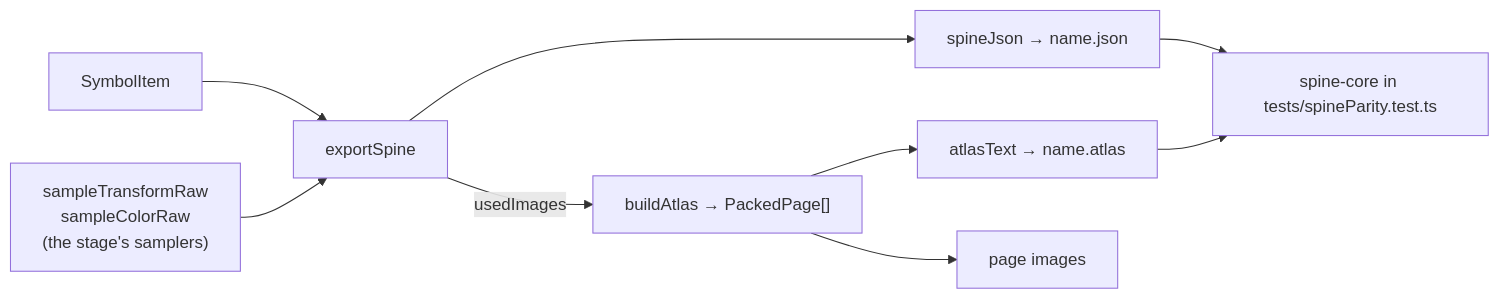
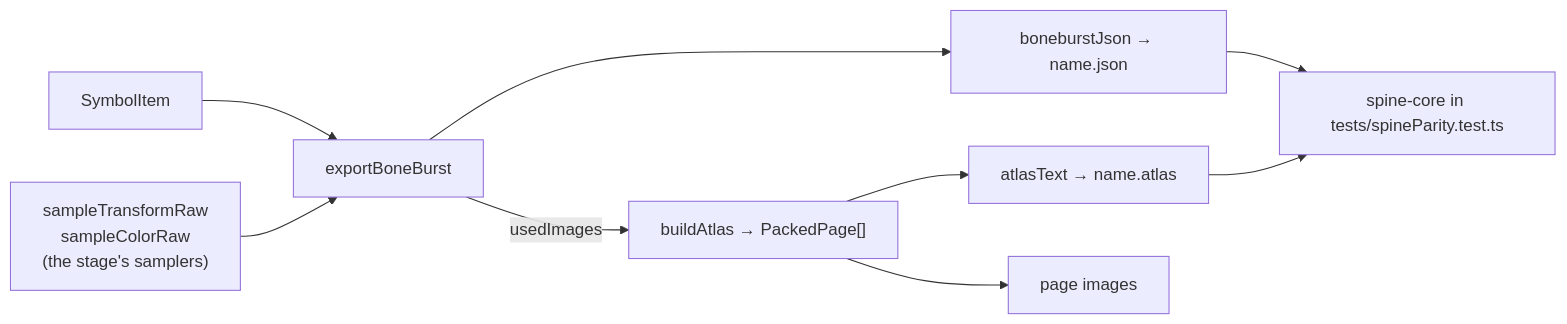
Before and after one commit to 12pnp/M0-Animation-2D: the second of 7 diagrams in docs/ARCHITECTURE.md, drawn with Mermaid. The commit also changed other lines of this file and 115 other files, not shown here.

First line of the commit message:
Rename the core Spine module to BoneBurst; plan the move into M0-Animation-2D

````diff
--- a/docs/ARCHITECTURE.md
+++ b/docs/ARCHITECTURE.md
@@ -1042,10 +1042,10 @@
 ```mermaid
 flowchart LR
-    SYM["SymbolItem"] --> EX["exportSpine"]
+    SYM["SymbolItem"] --> EX["exportBoneBurst"]
     ST["sampleTransformRaw<br/>sampleColorRaw<br/>(the stage's samplers)"] --> EX
-    EX --> J["spineJson → name.json"]
+    EX --> J["boneburstJson → name.json"]
     EX -->|usedImages| AB["buildAtlas → PackedPage[]"]
     AB --> AT["atlasText → name.atlas"]
     AB --> PNG["page images"]
     J & AT --> RT["spine-core in tests/spineParity.test.ts"]
 ```
````
